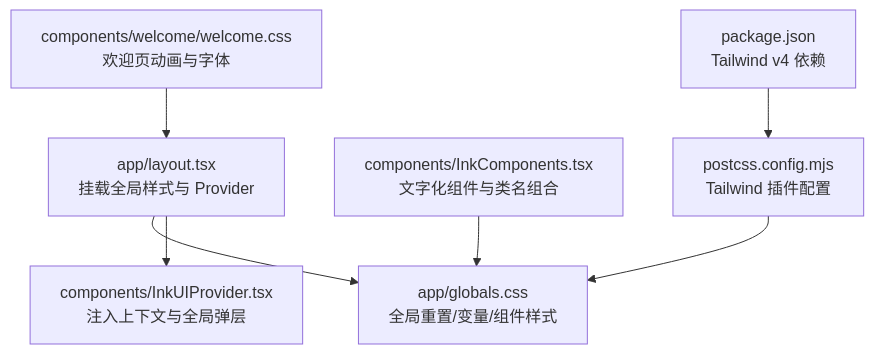
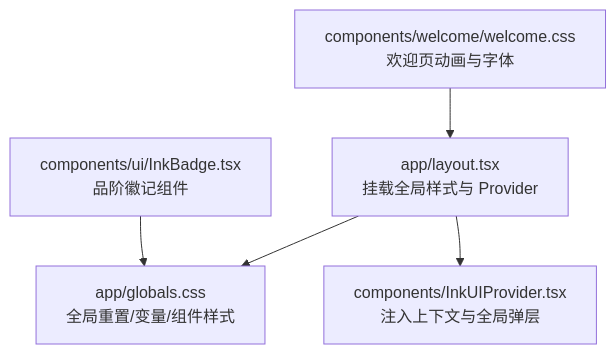
The first of 5 diagrams in .qoder/repowiki/zh/content/前端架构/样式规范.md (ChurchTao/Daoyou), drawn with Mermaid before and after one commit. The commit also changed other lines of this file and 14 other files, not shown here.

````diff
--- a/.qoder/repowiki/zh/content/前端架构/样式规范.md
+++ b/.qoder/repowiki/zh/content/前端架构/样式规范.md
@@ -44,9 +50,7 @@
 ```mermaid
 graph TB
 A["app/layout.tsx<br/>挂载全局样式与 Provider"] --> B["app/globals.css<br/>全局重置/变量/组件样式"]
 A --> C["components/InkUIProvider.tsx<br/>注入上下文与全局弹层"]
-D["components/InkComponents.tsx<br/>文字化组件与类名组合"] --> B
+D["components/ui/InkBadge.tsx<br/>品阶徽记组件"] --> B
 E["components/welcome/welcome.css<br/>欢迎页动画与字体"] --> A
-F["postcss.config.mjs<br/>Tailwind 插件配置"] --> B
-G["package.json<br/>Tailwind v4 依赖"] --> F
 ```
````
